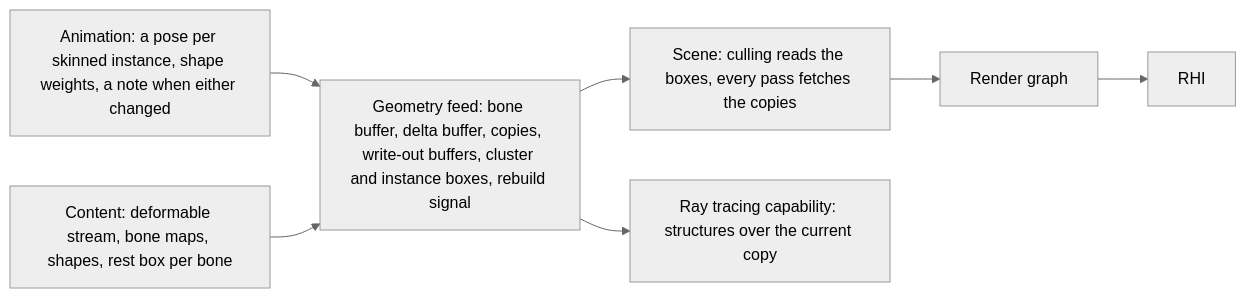
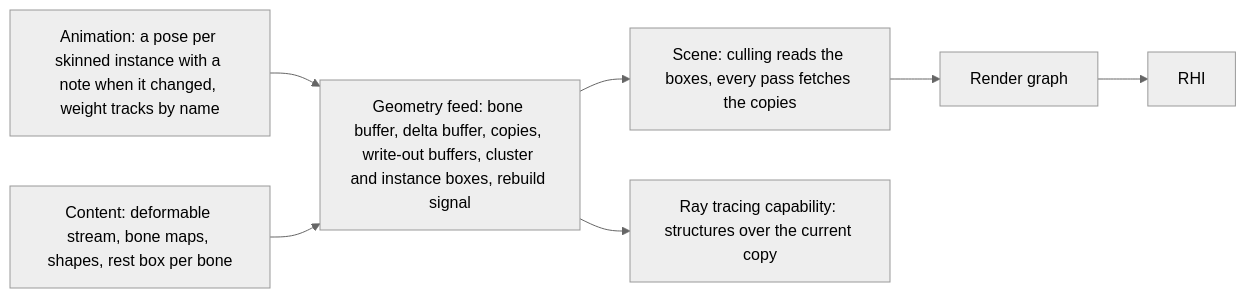
The first of 3 diagrams in docs/architecture/geometry.md (plainsight-systems/bullet-witch), drawn with Mermaid (neutral theme) before and after one commit. The commit also changed other lines of this file and 2 other files, not shown here.

First line of the commit message:
Bind shape weights in the geometry feed: animation publishes weight tracks by name and the feed owns the active rule, the clamp and the comparison

````diff
--- a/docs/architecture/geometry.md
+++ b/docs/architecture/geometry.md
@@ -35,9 +37,9 @@
 ```mermaid
 flowchart LR
-    AN["Animation: a pose per skinned instance, shape weights, a note when either changed"] --> GF["Geometry feed: bone buffer, delta buffer, copies, write-out buffers, cluster and instance boxes, rebuild signal"]
+    AN["Animation: a pose per skinned instance with a note when it changed, weight tracks by name"] --> GF["Geometry feed: bone buffer, delta buffer, copies, write-out buffers, cluster and instance boxes, rebuild signal"]
     CT["Content: deformable stream, bone maps, shapes, rest box per bone"] --> GF
     GF --> SC["Scene: culling reads the boxes, every pass fetches the copies"]
     GF --> RT["Ray tracing capability: structures over the current copy"]
     SC --> RG["Render graph"]
     RG --> RHI["RHI"]
 ```
````
